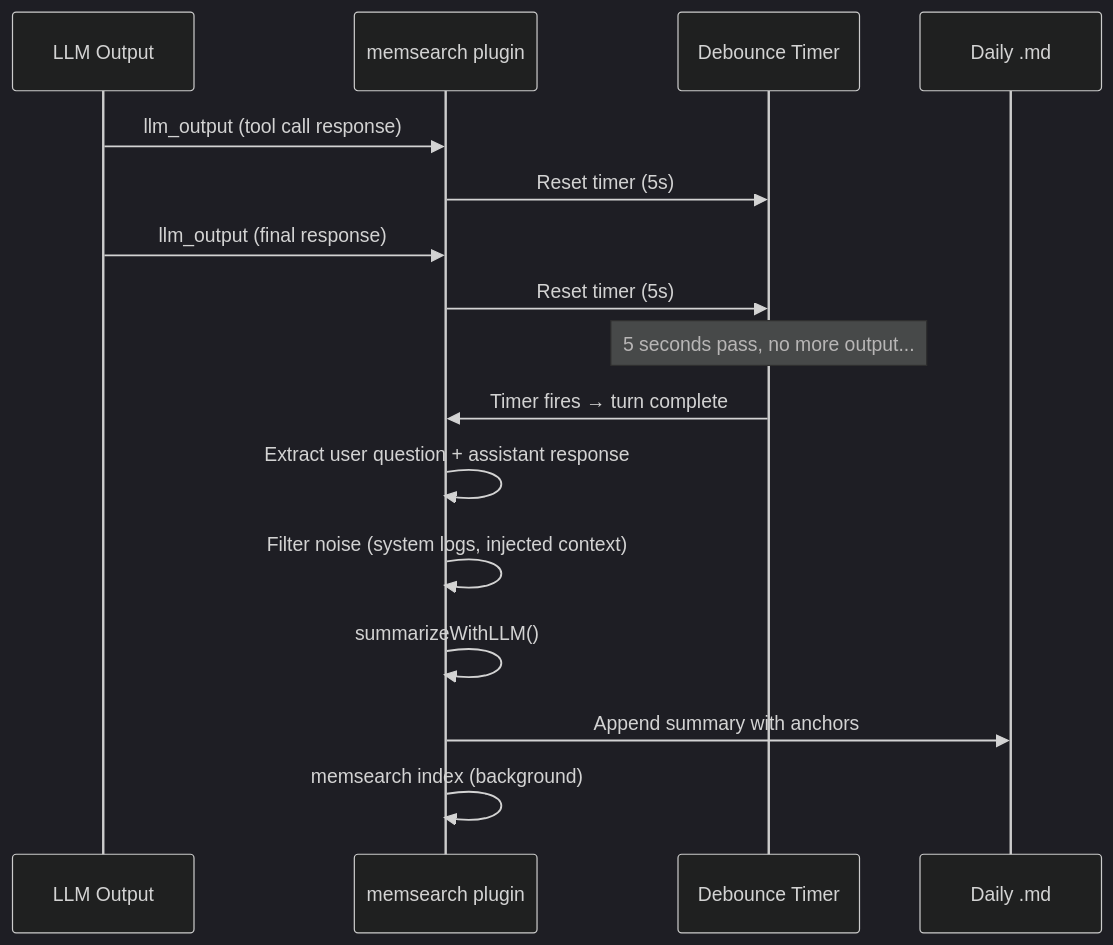
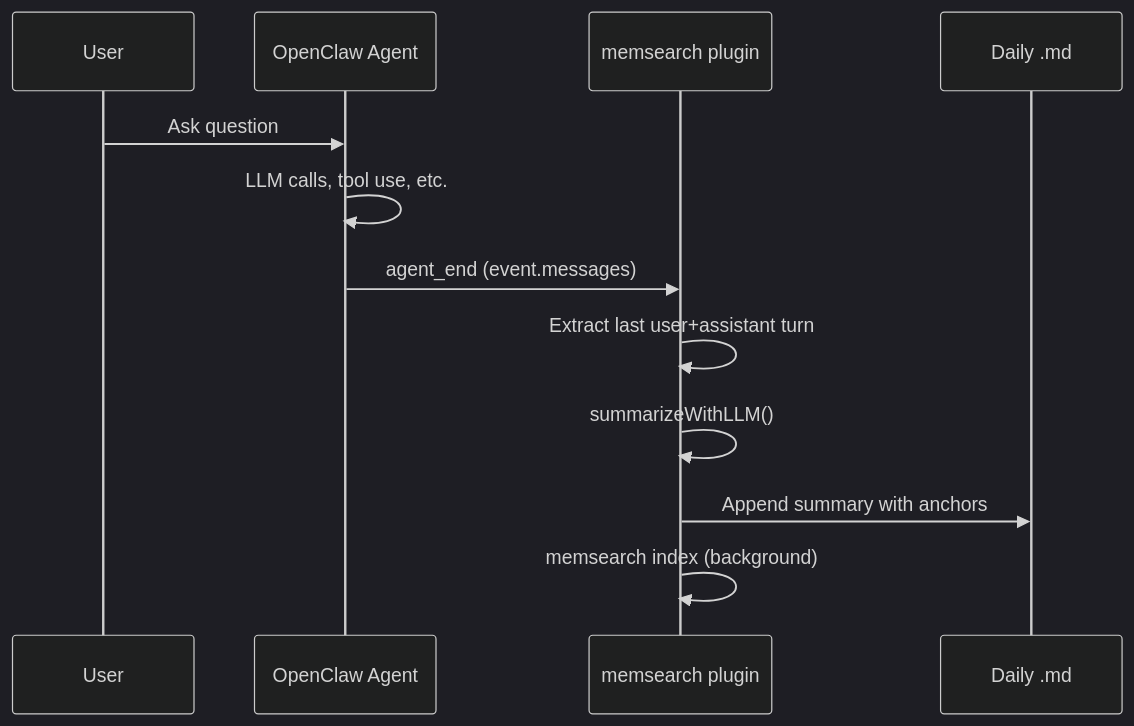
The second of 2 diagrams in docs/platforms/openclaw/how-it-works.md (zilliztech/memsearch), drawn with Mermaid (dark theme) before and after one commit. The commit also changed other lines of this file and 7 other files, not shown here.

First line of the commit message:
docs: update OpenClaw capture architecture from llm_output debounce to agent_end

````diff
--- a/docs/platforms/openclaw/how-it-works.md
+++ b/docs/platforms/openclaw/how-it-works.md
@@ -74,19 +68,15 @@
 ```mermaid
 sequenceDiagram
-    participant LLM as LLM Output
+    participant User
+    participant Agent as OpenClaw Agent
     participant Plugin as memsearch plugin
-    participant Timer as Debounce Timer
     participant File as Daily .md
 
-    LLM->>Plugin: llm_output (tool call response)
-    Plugin->>Timer: Reset timer (5s)
-    LLM->>Plugin: llm_output (final response)
-    Plugin->>Timer: Reset timer (5s)
-    Note over Timer: 5 seconds pass, no more output...
-    Timer->>Plugin: Timer fires → turn complete
-    Plugin->>Plugin: Extract user question + assistant response
-    Plugin->>Plugin: Filter noise (system logs, injected context)
+    User->>Agent: Ask question
+    Agent->>Agent: LLM calls, tool use, etc.
+    Agent->>Plugin: agent_end (event.messages)
+    Plugin->>Plugin: Extract last user+assistant turn
     Plugin->>Plugin: summarizeWithLLM()
     Plugin->>File: Append summary with anchors
     Plugin->>Plugin: memsearch index (background)
 ```
````
